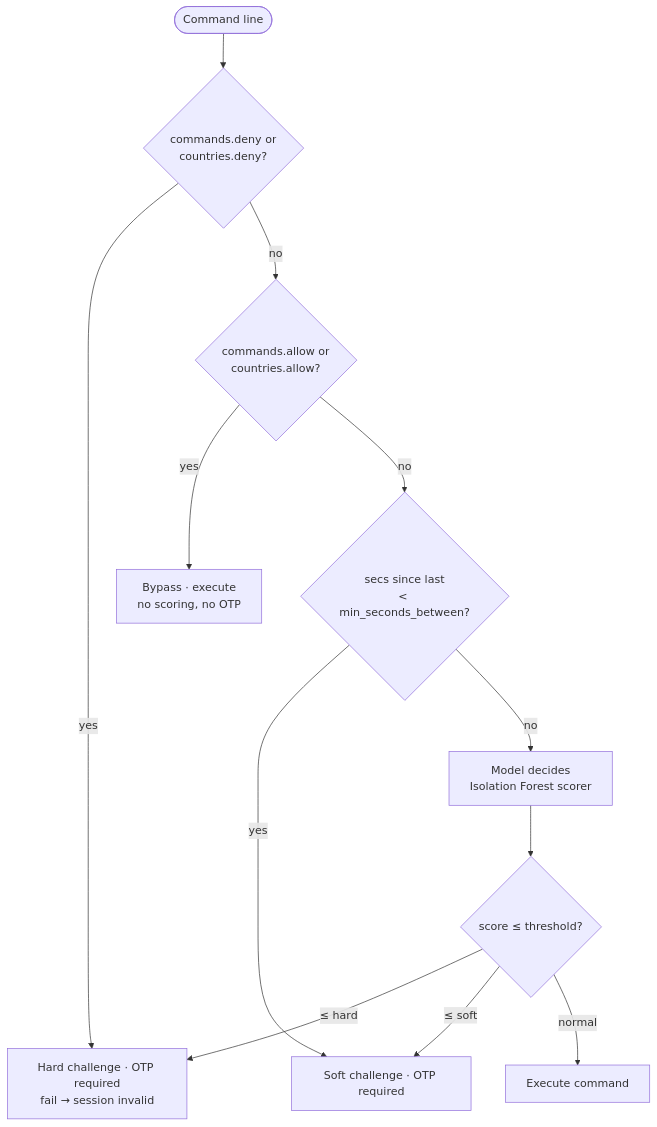
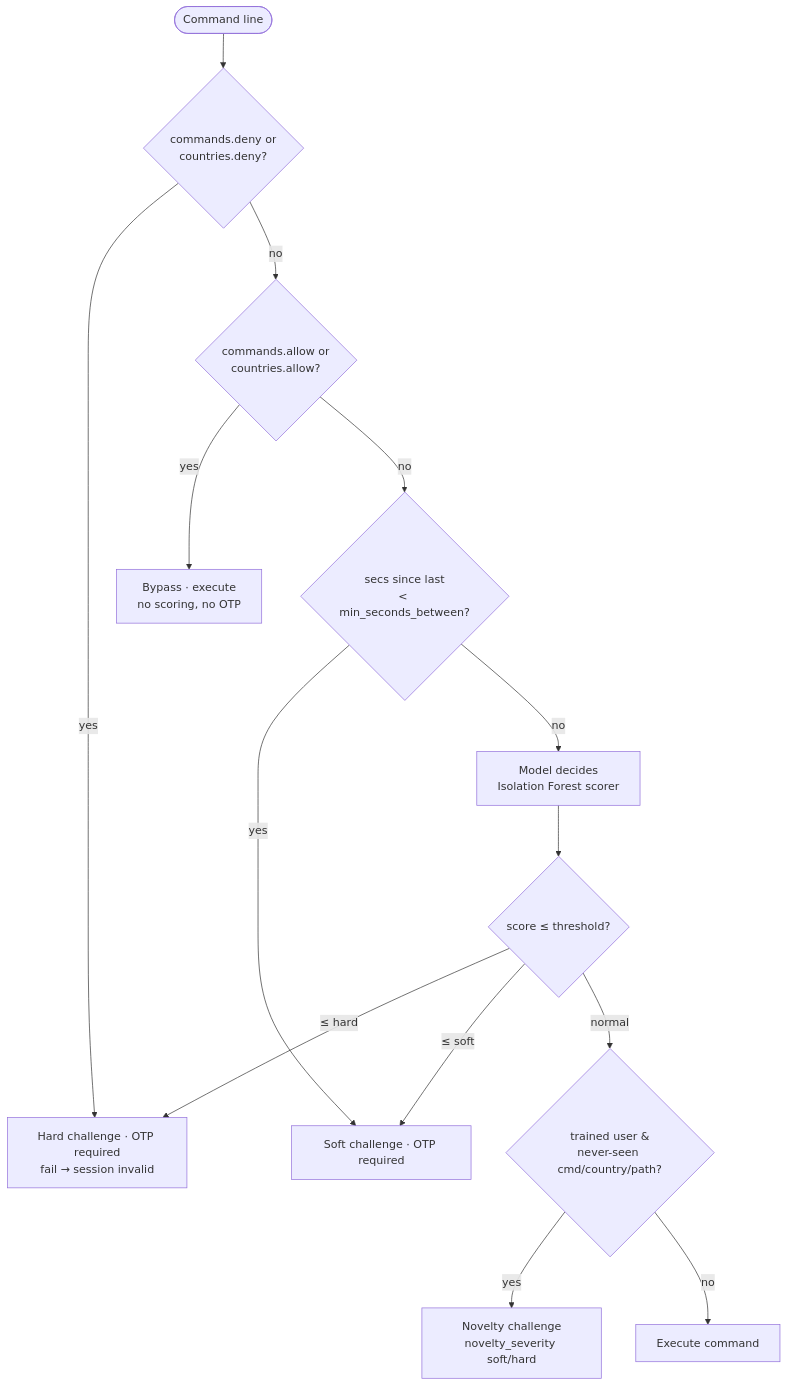
One commit to IceWizard98/ShellSentry changed the second of 2 diagrams in README.md. Above: the diagram before and after it, drawn with Mermaid. The commit also changed other lines of this file, not shown here.

Commit message:
docs: document novelty gate, frequency encoding, and config knobs

````diff
--- a/README.md
+++ b/README.md
@@ -52,14 +54,16 @@
 ```mermaid
 flowchart TD
     Cmd([Command line]) --> D{commands.deny or<br/>countries.deny?}
     D -->|yes| Hard[Hard challenge · OTP required<br/>fail → session invalid]
     D -->|no| A{commands.allow or<br/>countries.allow?}
     A -->|yes| Bypass[Bypass · execute<br/>no scoring, no OTP]
     A -->|no| M{secs since last<br/>&lt; min_seconds_between?}
     M -->|yes| Soft[Soft challenge · OTP required]
     M -->|no| Model[Model decides<br/>Isolation Forest scorer]
     Model --> Sev{score ≤ threshold?}
     Sev -->|≤ hard| Hard
     Sev -->|≤ soft| Soft
-    Sev -->|normal| Run[Execute command]
+    Sev -->|normal| Nov{trained user &amp;<br/>never-seen cmd/country/path?}
+    Nov -->|yes| NovC[Novelty challenge<br/>novelty_severity soft/hard]
+    Nov -->|no| Run[Execute command]
 ```
````
